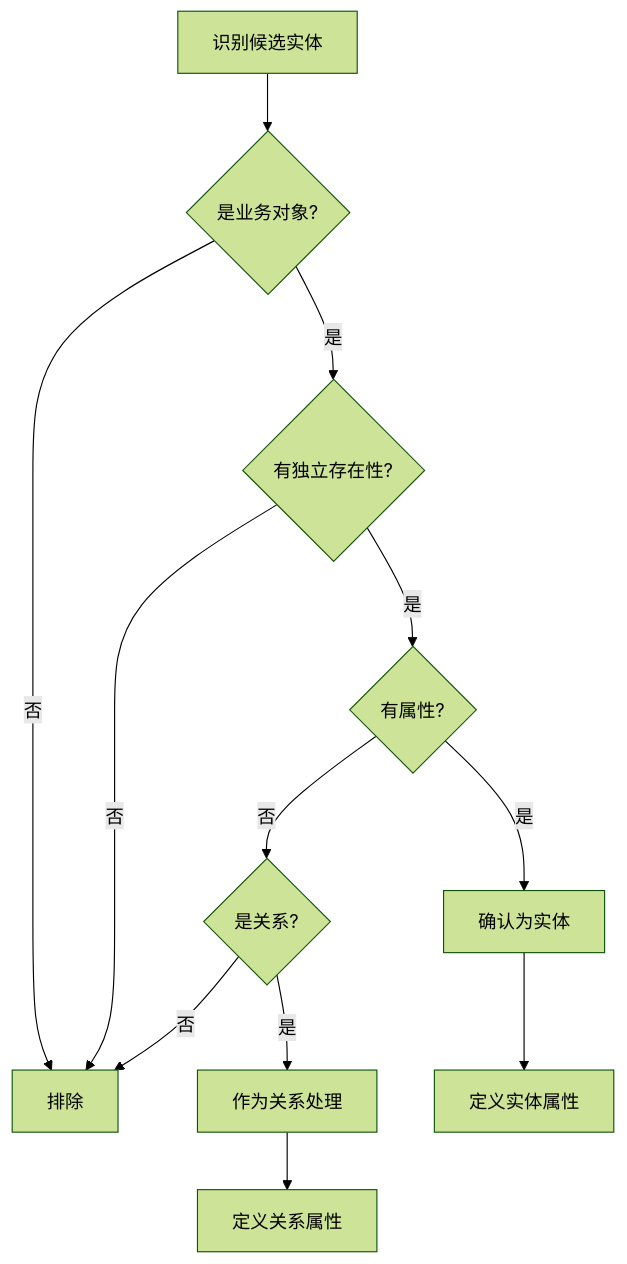
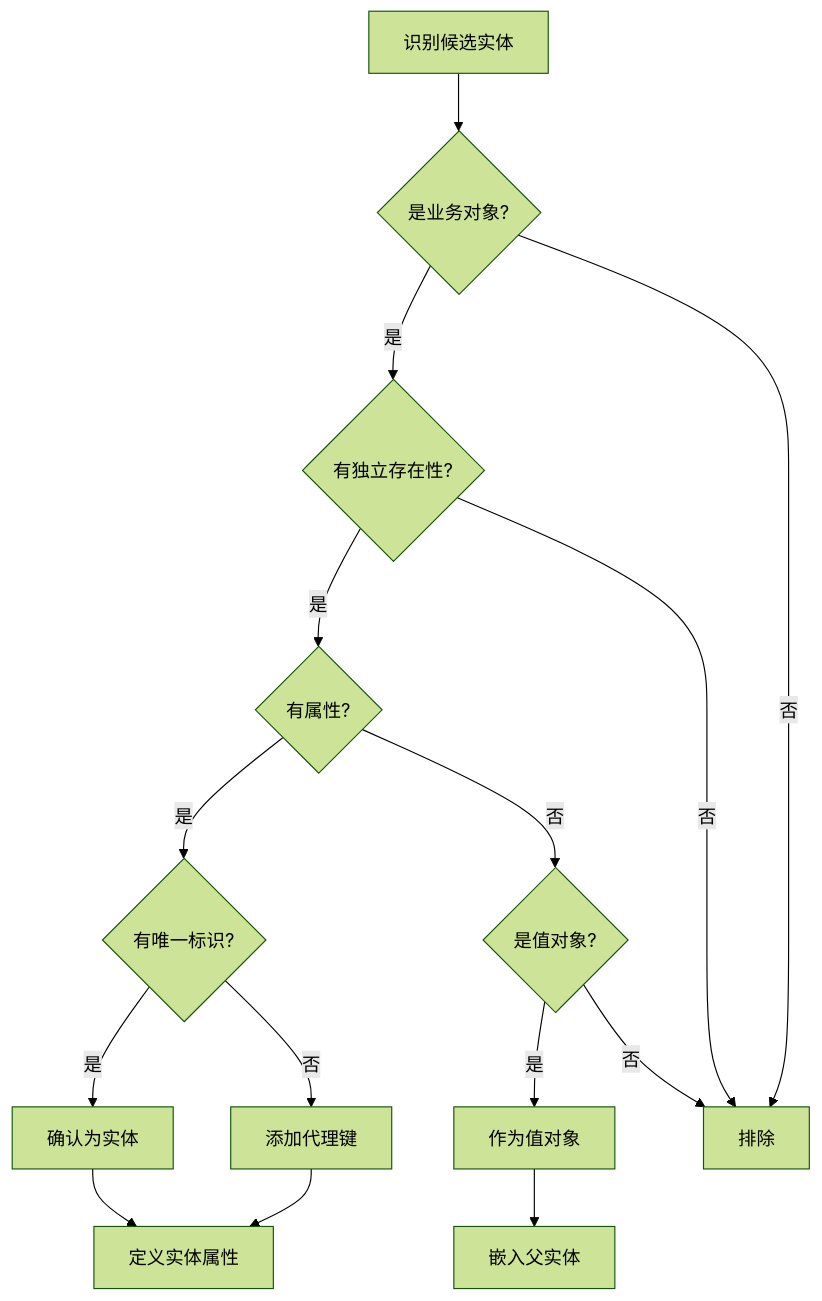
Diagram 14 of 24 in Design/07-数据库设计实践/07.01-Schema设计方法论.md (AdaMartin18010/Data-Science), drawn with Mermaid (forest theme) before and after one commit. The commit also changed other lines of this file and 55 other files, not shown here.

````diff
--- a/Design/07-数据库设计实践/07.01-Schema设计方法论.md
+++ b/Design/07-数据库设计实践/07.01-Schema设计方法论.md
@@ -220,18 +947,22 @@
 ```mermaid
 flowchart TD
     A[识别候选实体] --> B{是业务对象?}
     B -->|是| C{有独立存在性?}
     B -->|否| D[排除]
 
     C -->|是| E{有属性?}
     C -->|否| D
 
-    E -->|是| F[确认为实体]
-    E -->|否| G{是关系?}
+    E -->|是| F{有唯一标识?}
+    E -->|否| G{是值对象?}
 
-    G -->|是| H[作为关系处理]
+    F -->|是| H[确认为实体]
+    F -->|否| I[添加代理键]
+
+    G -->|是| J[作为值对象]
     G -->|否| D
 
-    F --> I[定义实体属性]
-    H --> J[定义关系属性]
+    H --> K[定义实体属性]
+    I --> K
+    J --> L[嵌入父实体]
 ```
````
